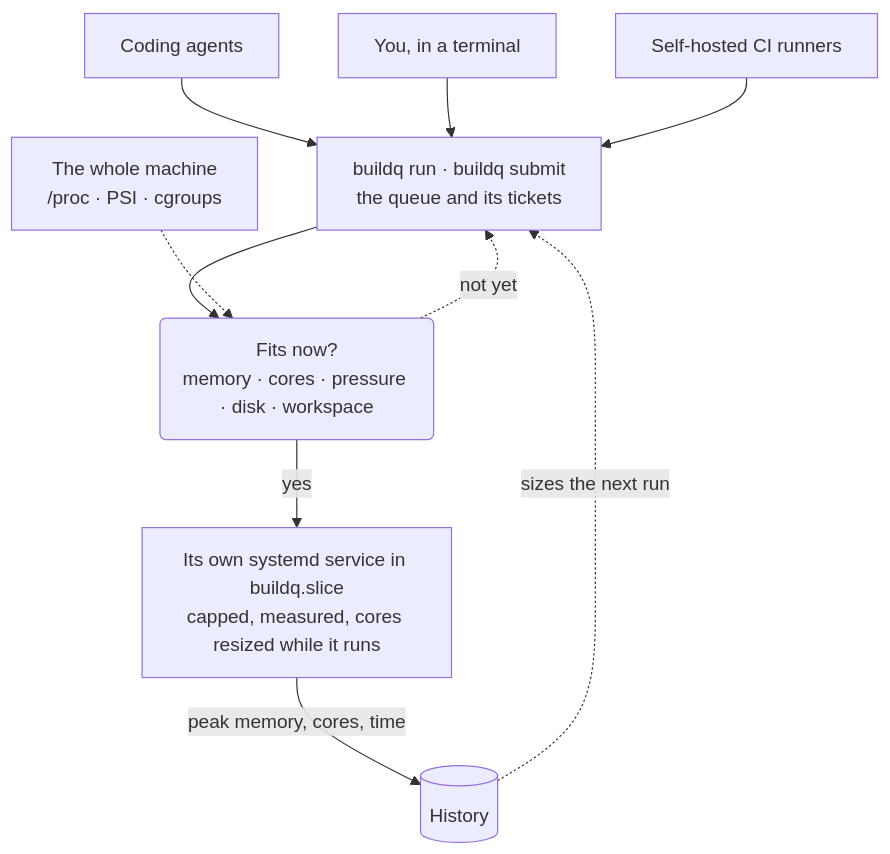
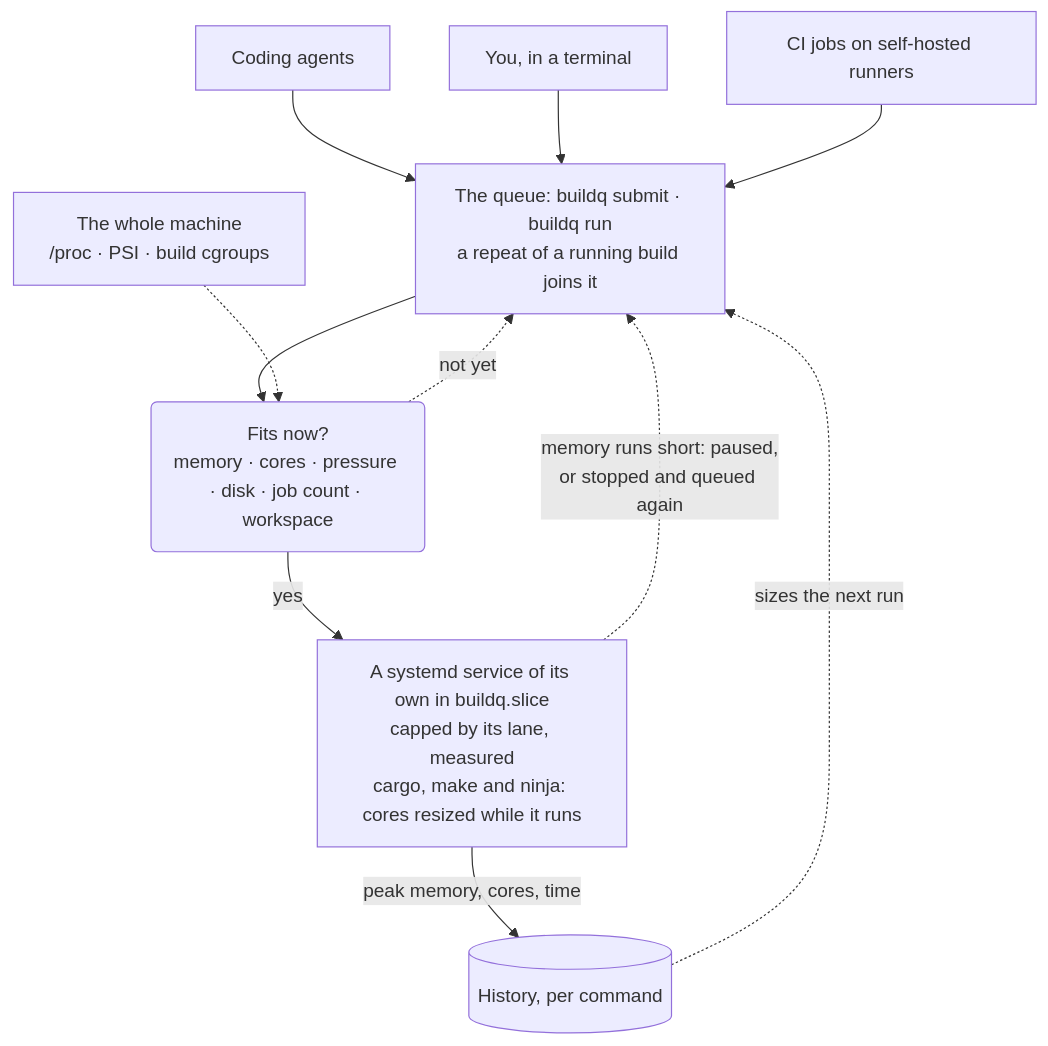
Before and after one commit to nosliwsirhc/buildq: the diagram in README.md, drawn with Mermaid. The commit also changed other lines of this file, not shown here.

First line of the commit message:
README: the diagram and summaries say what the code does

````diff
--- a/README.md
+++ b/README.md
@@ -29,12 +29,14 @@
 ```mermaid
 flowchart TB
     A["Coding agents"] --> Q
     T["You, in a terminal"] --> Q
-    C["Self-hosted CI runners"] --> Q
-    Q["buildq run · buildq submit<br/>the queue and its tickets"] --> D
-    M["The whole machine<br/>/proc · PSI · cgroups"] -.-> D
-    D("Fits now?<br/>memory · cores · pressure · disk · workspace") -- "yes" --> S
+    C["CI jobs on self-hosted runners"] --> Q
+    Q["The queue: buildq submit · buildq run<br/>a repeat of a running build joins it"] --> D
+    M["The whole machine<br/>/proc · PSI · build cgroups"] -.-> D
+    D("Fits now?<br/>memory · cores · pressure · disk · job count · workspace") -- "yes" --> S
     D -. "not yet" .-> Q
-    S["Its own systemd service in buildq.slice<br/>capped, measured, cores resized while it runs"] -- "peak memory, cores, time" --> H[("History")]
+    S["A systemd service of its own in buildq.slice<br/>capped by its lane, measured<br/>cargo, make and ninja: cores resized while it runs"]
+    S -. "memory runs short: paused,<br/>or stopped and queued again" .-> Q
+    S -- "peak memory, cores, time" --> H[("History, per command")]
     H -. "sizes the next run" .-> Q
 ```
````
